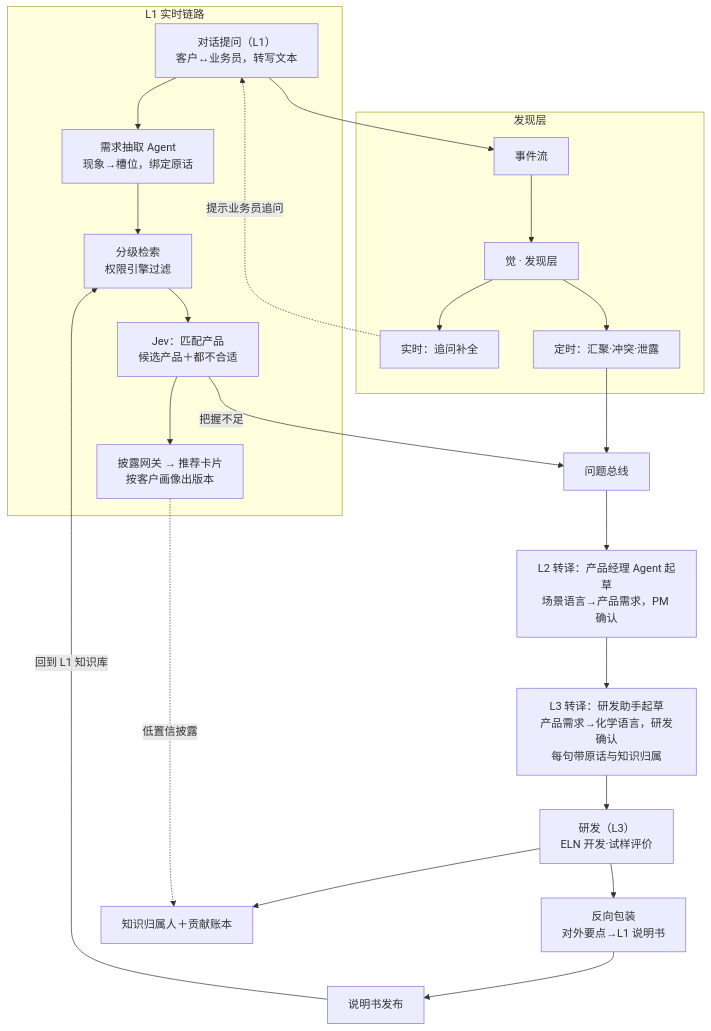
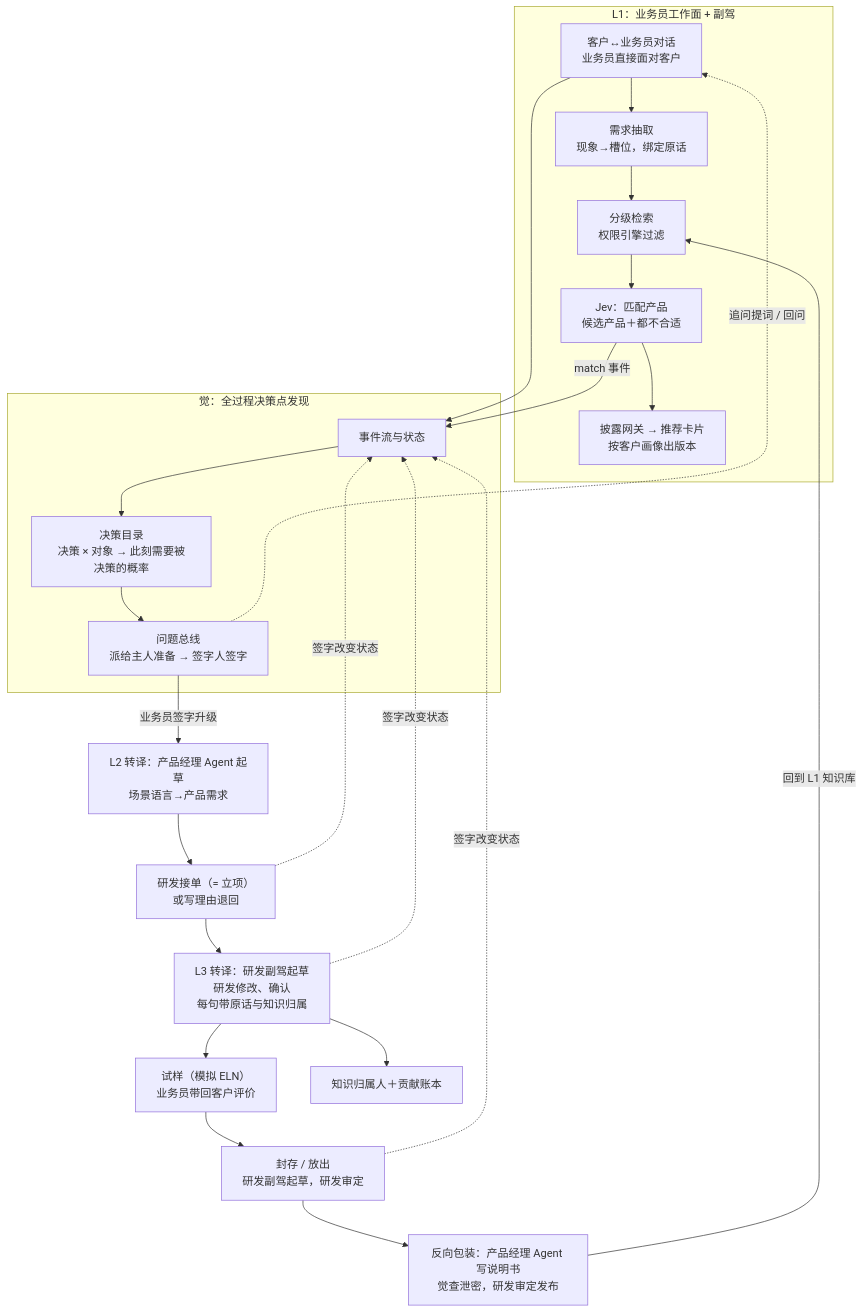
One commit to Deliaru/Hua-Yan changed the diagram in docs/ARCHITECTURE.md. Above: the diagram before and after it, drawn with Mermaid. The commit also changed other lines of this file and 3 other files, not shown here.

````diff
--- a/docs/ARCHITECTURE.md
+++ b/docs/ARCHITECTURE.md
@@ -20,26 +24,27 @@
 ```mermaid
 flowchart TB
-  subgraph L1["L1 实时链路"]
-    A["对话提问（L1）<br/>客户↔业务员，转写文本"] --> B["需求抽取 Agent<br/>现象→槽位，绑定原话"]
+  subgraph L1["L1：业务员工作面 + 副驾"]
+    A["客户↔业务员对话<br/>业务员直接面对客户"] --> B["需求抽取<br/>现象→槽位，绑定原话"]
     B --> C["分级检索<br/>权限引擎过滤"]
     C --> D["Jev：匹配产品<br/>候选产品＋都不合适"]
     D --> E["披露网关 → 推荐卡片<br/>按客户画像出版本"]
   end
-  subgraph JUE["发现层"]
-    R1["事件流"] --> R2["觉 · 发现层"]
-    R2 --> R3["实时：追问补全"]
-    R2 --> R4["定时：汇聚·冲突·泄露"]
+  subgraph JUE["觉：全过程决策点发现"]
+    R1["事件流与状态"] --> R2["决策目录<br/>决策 × 对象 → 此刻需要被决策的概率"]
+    R2 --> BUS["问题总线<br/>派给主人准备 → 签字人签字"]
   end
   A --> R1
-  R3 -. 提示业务员追问 .-> A
-  D -- 把握不足 --> BUS["问题总线"]
-  R4 --> BUS
-  BUS --> PM["L2 转译：产品经理 Agent 起草<br/>场景语言→产品需求，PM 确认"]
-  PM --> REQ["L3 转译：研发助手起草<br/>产品需求→化学语言，研发确认<br/>每句带原话与知识归属"]
-  REQ --> RD["研发（L3）<br/>ELN 开发·试样评价"]
-  RD --> PKG["反向包装<br/>对外要点→L1 说明书"]
-  PKG --> DOC["说明书发布"]
-  DOC -- 回到 L1 知识库 --> C
-  RD --> OWN["知识归属人＋贡献账本"]
-  E -. 低置信披露 .-> OWN
+  D -- match 事件 --> R1
+  BUS -. 追问提词 / 回问 .-> A
+  BUS -- 业务员签字升级 --> PM["L2 转译：产品经理 Agent 起草<br/>场景语言→产品需求"]
+  PM --> ACC["研发接单（= 立项）<br/>或写理由退回"]
+  ACC --> REQ["L3 转译：研发副驾起草<br/>研发修改、确认<br/>每句带原话与知识归属"]
+  REQ --> RD["试样（模拟 ELN）<br/>业务员带回客户评价"]
+  RD --> SEAL["封存 / 放出<br/>研发副驾起草，研发审定"]
+  SEAL --> PKG["反向包装：产品经理 Agent 写说明书<br/>觉查泄密，研发审定发布"]
+  PKG -- 回到 L1 知识库 --> C
+  REQ --> OWN["知识归属人＋贡献账本"]
+  ACC -. 签字改变状态 .-> R1
+  REQ -. 签字改变状态 .-> R1
+  SEAL -. 签字改变状态 .-> R1
 ```
````
